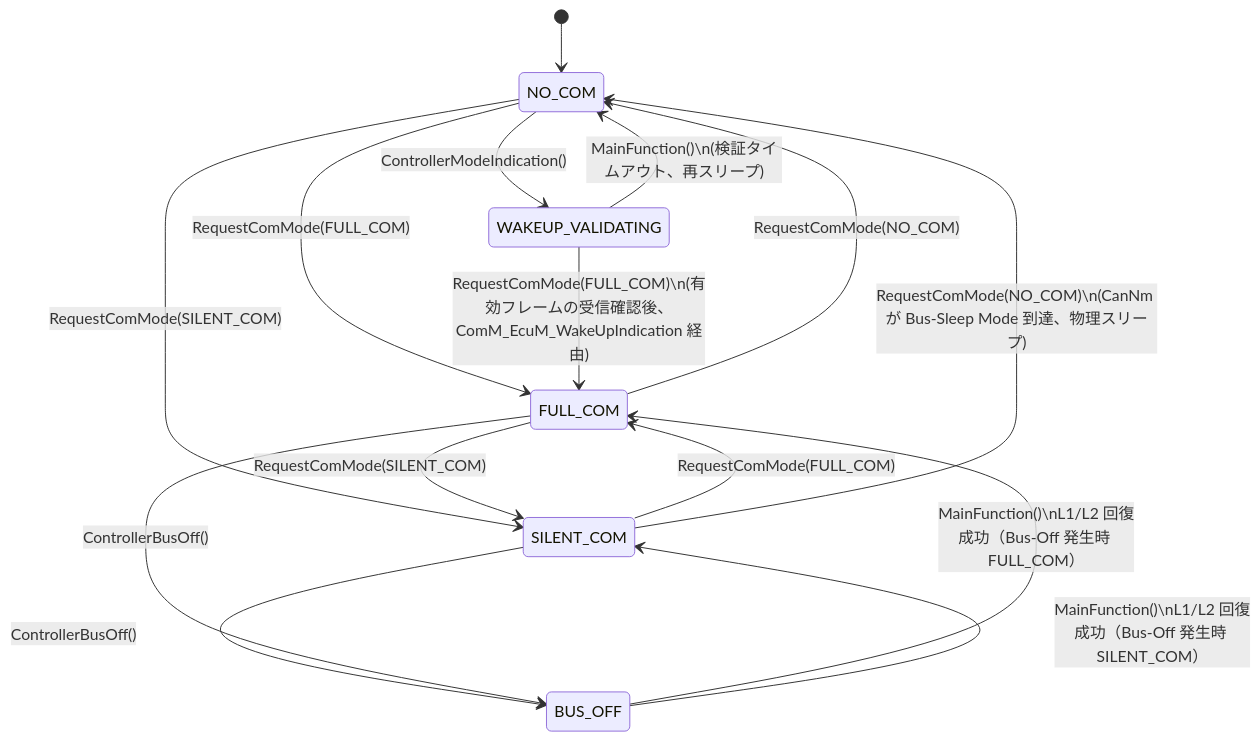
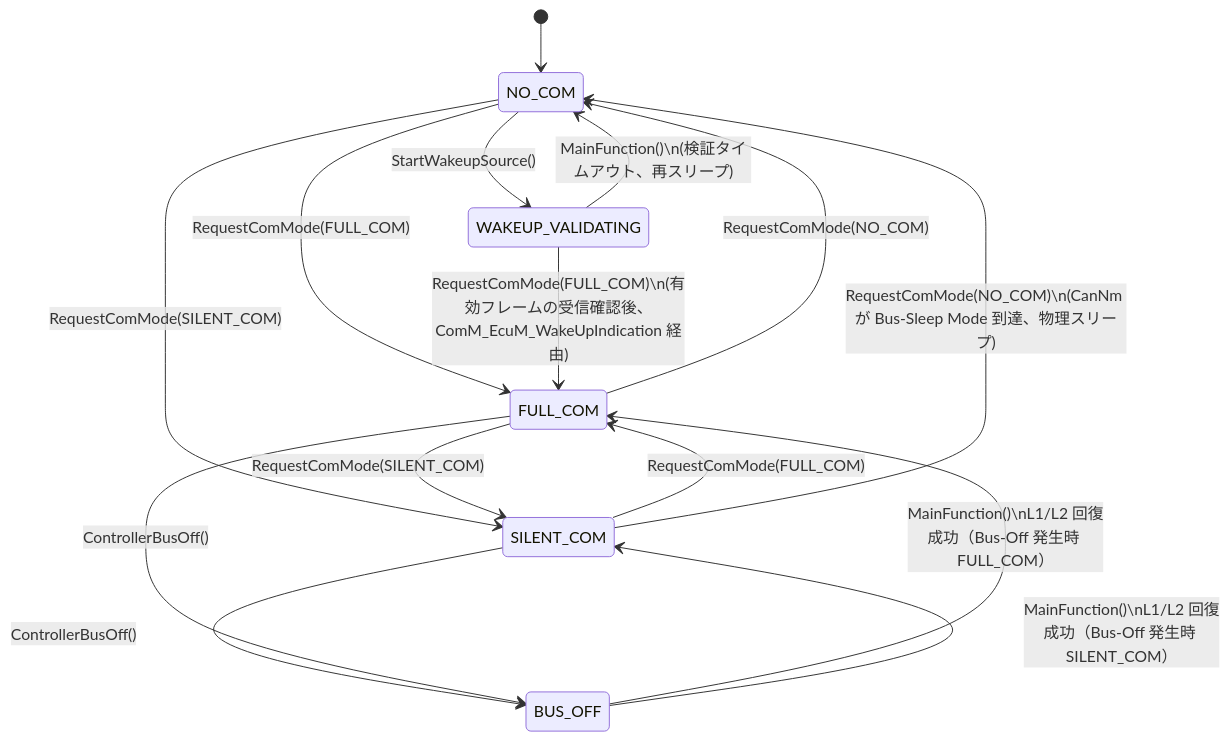
Before and after one commit to takahiro-takase/arduino-autosar-my-study: the diagram in docs/modules/CanSM_Notes.md, drawn with Mermaid. The commit also changed other lines of this file and 29 other files, not shown here.

Commit message:
CanSM / Can / EcuM: 起床の検証の入口を CanSM_StartWakeupSource へ移し、Can にモード変更の完了通知（Can_MainFunction_Mode）を追加する [SWS_CanSM_00609/00610/00616] [SWS_Can_00017]

````diff
--- a/docs/modules/CanSM_Notes.md
+++ b/docs/modules/CanSM_Notes.md
@@ -43,22 +43,22 @@
 ```mermaid
 stateDiagram-v2
     [*] --> NO_COM
 
     NO_COM --> FULL_COM: RequestComMode(FULL_COM)
     NO_COM --> SILENT_COM: RequestComMode(SILENT_COM)
-    NO_COM --> WAKEUP_VALIDATING: ControllerModeIndication()
+    NO_COM --> WAKEUP_VALIDATING: StartWakeupSource()
 
     SILENT_COM --> FULL_COM: RequestComMode(FULL_COM)
     SILENT_COM --> NO_COM: RequestComMode(NO_COM)\n(CanNm が Bus-Sleep Mode 到達、物理スリープ)
     SILENT_COM --> BUS_OFF: ControllerBusOff()
 
     FULL_COM --> NO_COM: RequestComMode(NO_COM)
     FULL_COM --> SILENT_COM: RequestComMode(SILENT_COM)
     FULL_COM --> BUS_OFF: ControllerBusOff()
 
     BUS_OFF --> FULL_COM: MainFunction()\nL1/L2 回復成功（Bus-Off 発生時 FULL_COM）
     BUS_OFF --> SILENT_COM: MainFunction()\nL1/L2 回復成功（Bus-Off 発生時 SILENT_COM）
 
     WAKEUP_VALIDATING --> FULL_COM: RequestComMode(FULL_COM)\n(有効フレームの受信確認後、ComM_EcuM_WakeUpIndication 経由)
     WAKEUP_VALIDATING --> NO_COM: MainFunction()\n(検証タイムアウト、再スリープ)
 ```
````
